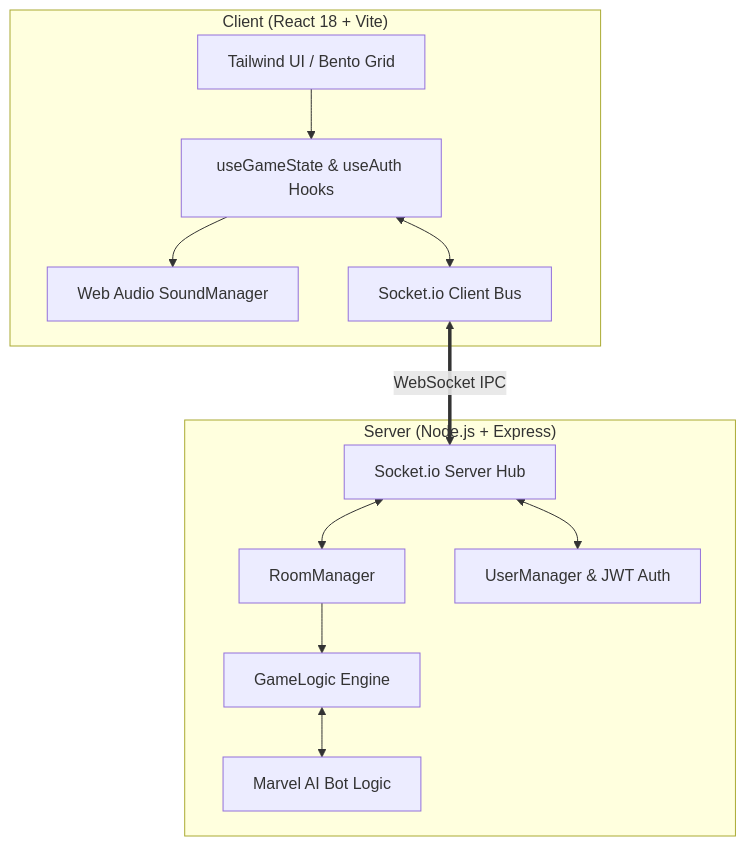
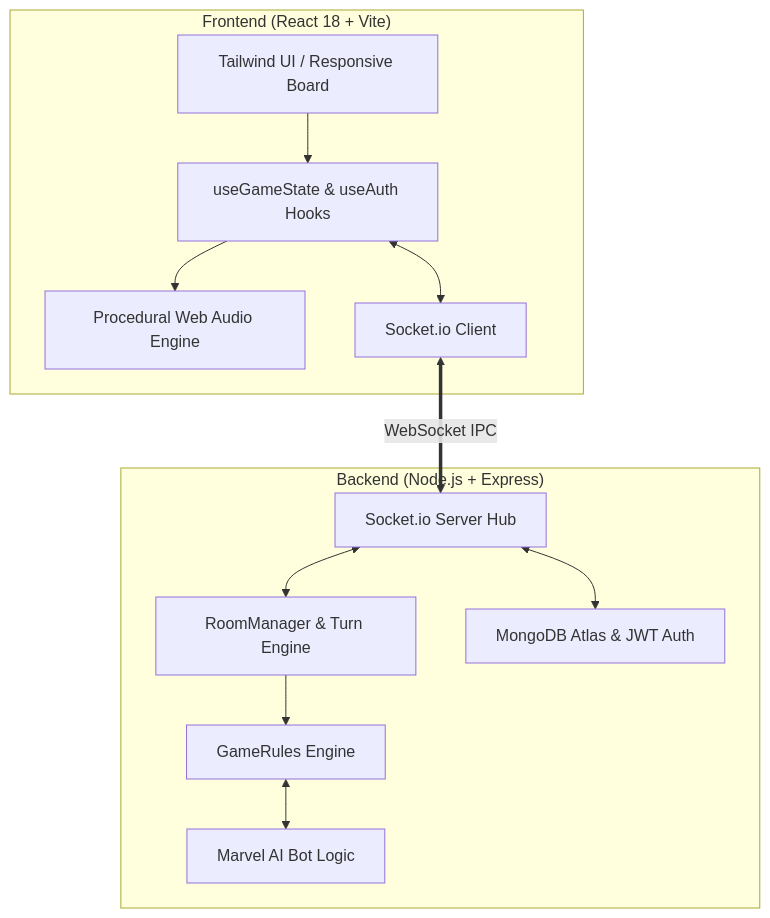
One commit to sanior09/marvel-splendor changed the diagram in README.md. Above: the diagram before and after it, drawn with Mermaid. The commit also changed other lines of this file, not shown here.

````diff
--- a/README.md
+++ b/README.md
@@ -122,27 +104,27 @@
 ```mermaid
 flowchart TD
-    subgraph Client ["Client (React 18 + Vite)"]
-        UI[Tailwind UI / Bento Grid]
+    subgraph Client ["Frontend (React 18 + Vite)"]
+        UI[Tailwind UI / Responsive Board]
         State[useGameState & useAuth Hooks]
-        Audio[Web Audio SoundManager]
-        SocketClient[Socket.io Client Bus]
+        Audio[Procedural Web Audio Engine]
+        SocketClient[Socket.io Client]
         UI --> State
         State --> Audio
         State <--> SocketClient
     end
 
-    subgraph Server ["Server (Node.js + Express)"]
+    subgraph Server ["Backend (Node.js + Express)"]
         SocketServer[Socket.io Server Hub]
-        RoomMgr[RoomManager]
-        GameLogic[GameLogic Engine]
+        RoomMgr[RoomManager & Turn Engine]
+        GameLogic[GameRules Engine]
         BotEngine[Marvel AI Bot Logic]
-        UserMgr[UserManager & JWT Auth]
+        UserMgr[MongoDB Atlas & JWT Auth]
         
         SocketServer <--> RoomMgr
         RoomMgr --> GameLogic
         GameLogic <--> BotEngine
         SocketServer <--> UserMgr
     end
 
     SocketClient <== WebSocket IPC ==> SocketServer
 ```
````
